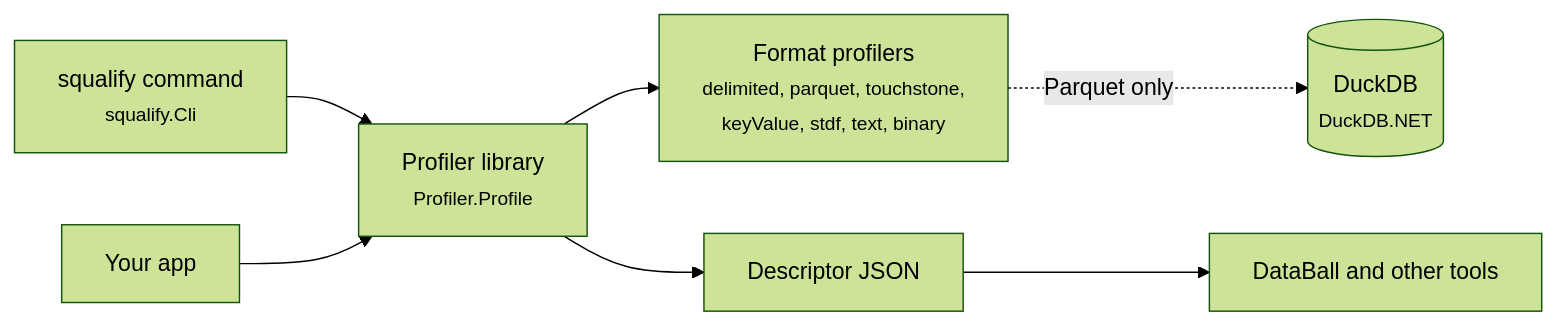
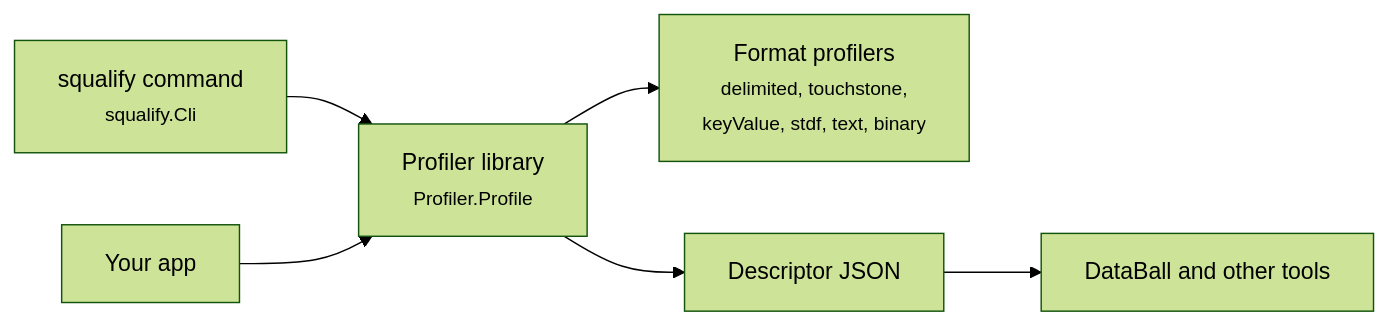
The first of 25 diagrams in docs/how-it-works.md (squalor-xyz/squalify), drawn with Mermaid (forest theme) before and after one commit. The commit also changed other lines of this file and 42 other files, not shown here.

````diff
--- a/docs/how-it-works.md
+++ b/docs/how-it-works.md
@@ -13,9 +13,8 @@
 ```mermaid
 flowchart LR
     CLI["squalify command<br/><small>squalify.Cli</small>"] --> Lib
     Host["Your app"] --> Lib
-    Lib["Profiler library<br/><small>Profiler.Profile</small>"] --> Profilers["Format profilers<br/><small>delimited, parquet, touchstone,<br/>keyValue, stdf, text, binary</small>"]
-    Profilers -. "Parquet only" .-> DuckDB[("DuckDB<br/><small>DuckDB.NET</small>")]
+    Lib["Profiler library<br/><small>Profiler.Profile</small>"] --> Profilers["Format profilers<br/><small>delimited, touchstone,<br/>keyValue, stdf, text, binary</small>"]
     Lib --> Out["Descriptor JSON"]
     Out --> Consumers["DataBall and other tools"]
 ```
````
